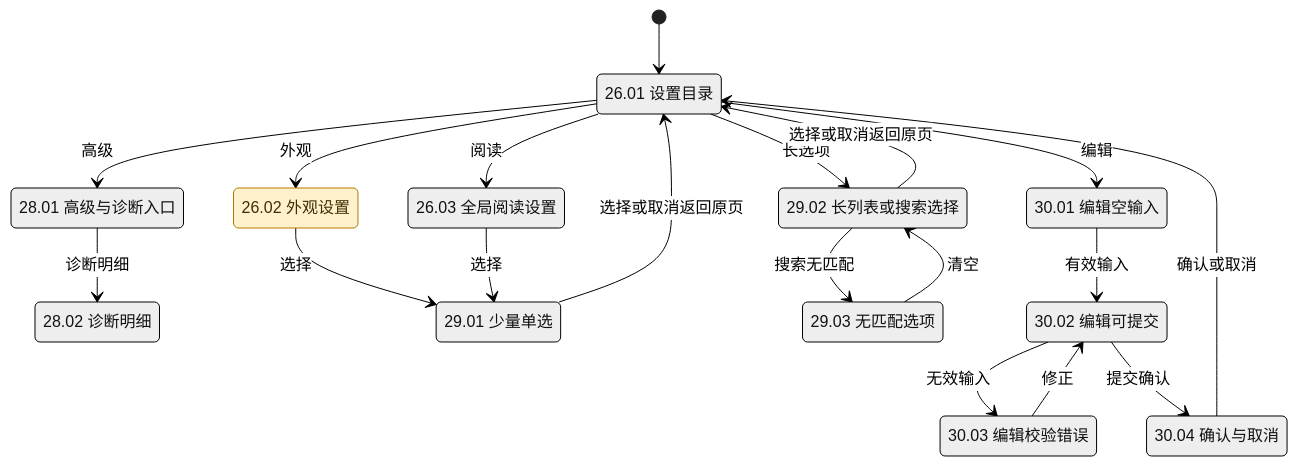
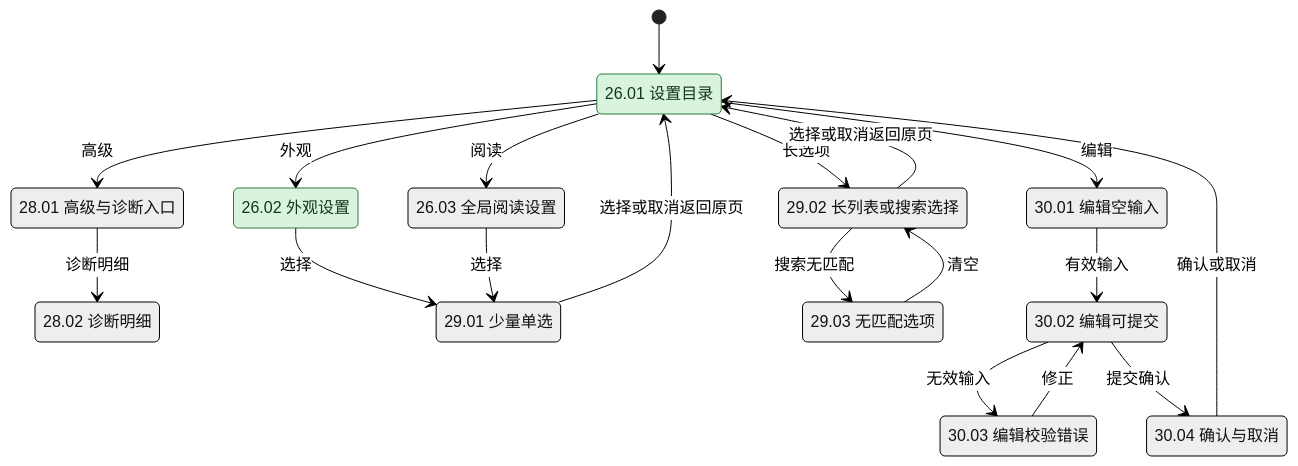
Before and after one commit to Wybxc/karuyomi: the sixth of 7 diagrams in docs/verification/mihon-state-coverage.md, drawn with Mermaid (neutral theme). The commit also changed other lines of this file and 16 other files, not shown here.

````diff
--- a/docs/verification/mihon-state-coverage.md
+++ b/docs/verification/mihon-state-coverage.md
@@ -490,35 +521,36 @@
 ```mermaid
 stateDiagram-v2
     [*] --> U0
     state "26.01 设置目录" as U0
     state "26.02 外观设置" as U1
     state "26.03 全局阅读设置" as U2
     state "28.01 高级与诊断入口" as U3
     state "28.02 诊断明细" as U4
     state "29.01 少量单选" as U5
     state "29.02 长列表或搜索选择" as U6
     state "29.03 无匹配选项" as U7
     state "30.01 编辑空输入" as U8
     state "30.02 编辑可提交" as U9
     state "30.03 编辑校验错误" as U10
     state "30.04 确认与取消" as U11
     U0 --> U1: 外观
     U0 --> U2: 阅读
     U0 --> U3: 高级
     U3 --> U4: 诊断明细
     U1 --> U5: 选择
     U2 --> U5: 选择
     U0 --> U6: 长选项
     U6 --> U7: 搜索无匹配
     U7 --> U6: 清空
     U5 --> U0: 选择或取消返回原页
     U6 --> U0: 选择或取消返回原页
     U0 --> U8: 编辑
     U8 --> U9: 有效输入
     U9 --> U10: 无效输入
     U10 --> U9: 修正
     U9 --> U11: 提交确认
     U11 --> U0: 确认或取消
     classDef partial fill:#fff0ce,color:#412e00,stroke:#b07a00
-    class U1 partial
+    classDef paired fill:#d9f4de,color:#14351d,stroke:#2b7a3d
+    class U0,U1 paired
 ```
````
